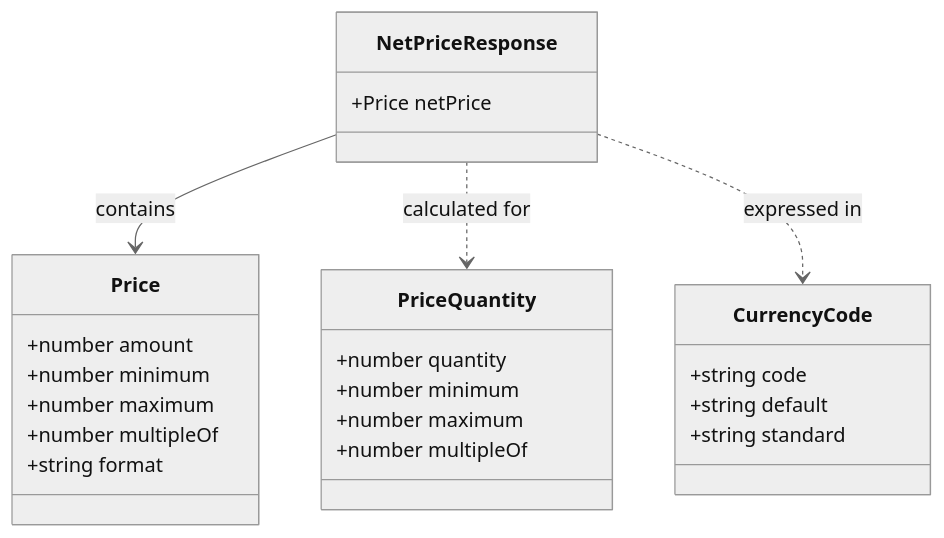
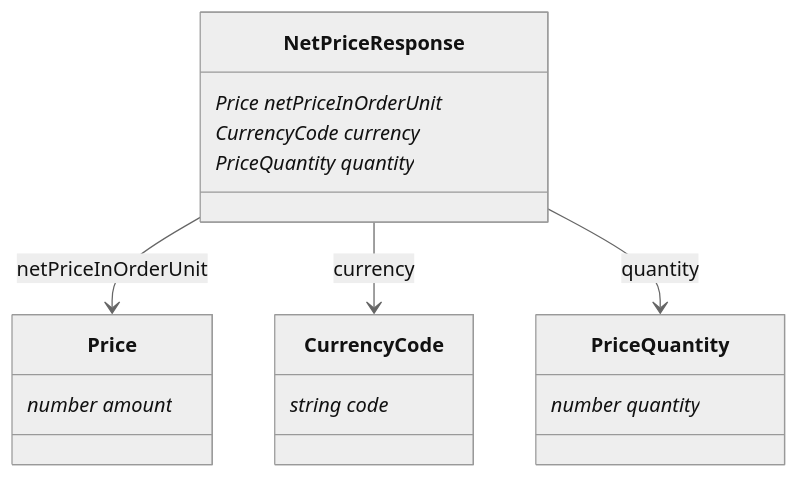
Before and after one commit to 2BABV/product-data-openapi: the second of 4 diagrams in openapi/apis/netprice/README.TODO.md, drawn with Mermaid (neutral theme). The commit also changed other lines of this file and 4 other files, not shown here.

````diff
--- a/openapi/apis/netprice/README.TODO.md
+++ b/openapi/apis/netprice/README.TODO.md
@@ -64,31 +64,24 @@
 ```mermaid
 classDiagram
     class NetPriceResponse {
-        +Price netPrice
+        Price netPriceInOrderUnit*
+        CurrencyCode currency*
+        PriceQuantity quantity*
     }
     
     class Price {
-        +number amount
-        +number minimum
-        +number maximum
-        +number multipleOf
-        +string format
+        number amount*
     }
     
     class PriceQuantity {
-        +number quantity
-        +number minimum
-        +number maximum
-        +number multipleOf
+        number quantity*
     }
     
     class CurrencyCode {
-        +string code
-        +string default
-        +string standard
+        string code*
     }
     
-    NetPriceResponse --> Price : contains
-    NetPriceResponse ..> PriceQuantity : calculated for
-    NetPriceResponse ..> CurrencyCode : expressed in
+    NetPriceResponse --> Price : netPriceInOrderUnit
+    NetPriceResponse --> CurrencyCode : currency
+    NetPriceResponse --> PriceQuantity : quantity
 ```
````
